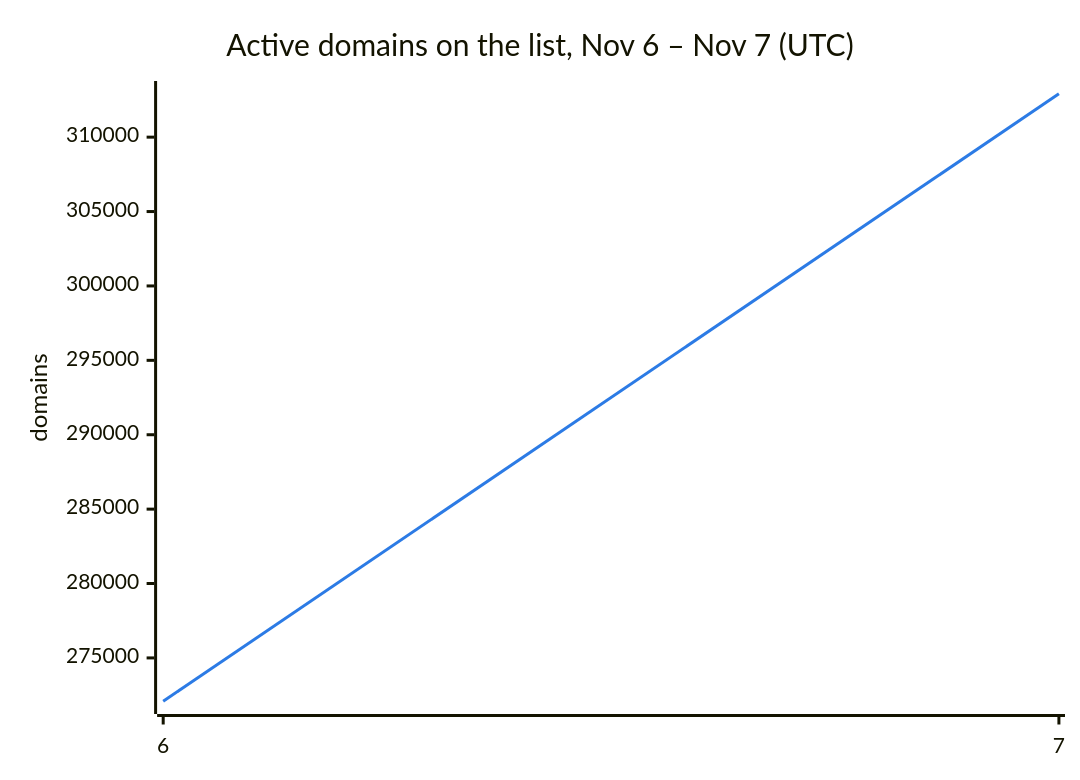
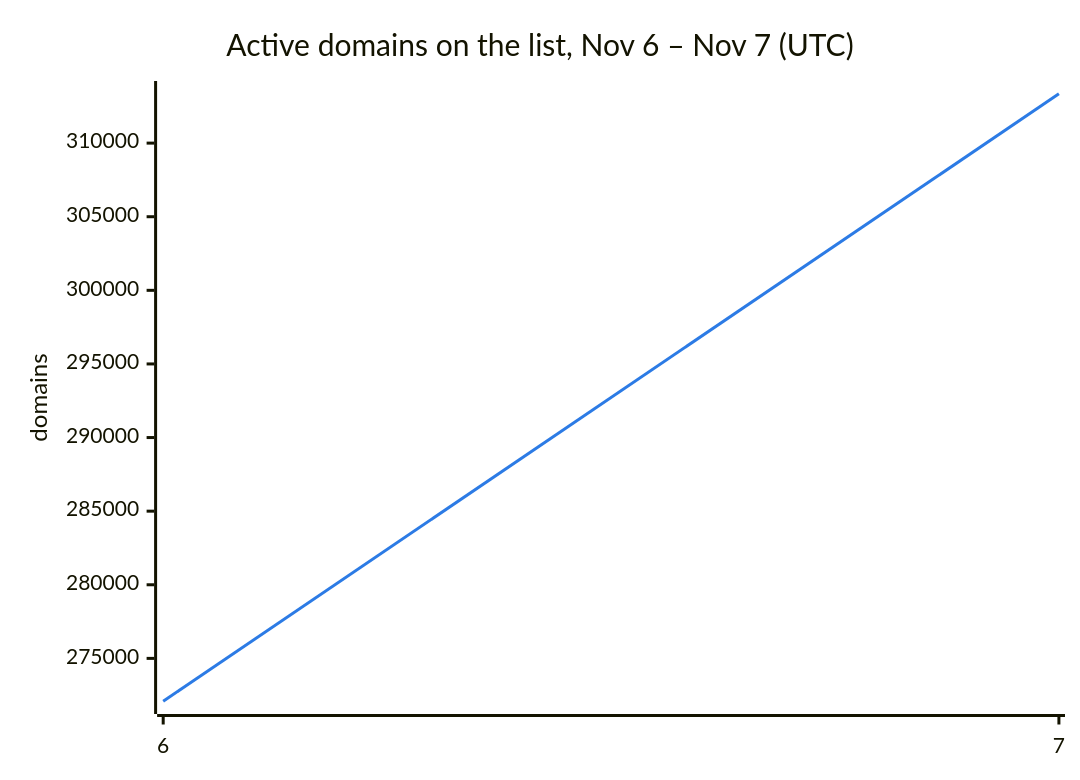
Before and after one commit to DNSBunker/CTI: the second of 3 diagrams in README.md, drawn with Mermaid. The commit also changed other lines of this file and 3 other files, not shown here.

````diff
--- a/README.md
+++ b/README.md
@@ -38,8 +38,8 @@
 ```mermaid
 %%{init: {"themeVariables": {"xyChart": {"plotColorPalette": "#2c7be5"}}}}%%
 xychart-beta
     title "Active domains on the list, Nov 6 – Nov 7 (UTC)"
     x-axis ["6", "7"]
     y-axis "domains"
-    line [272088, 312917]
+    line [272088, 313353]
 ```
````
